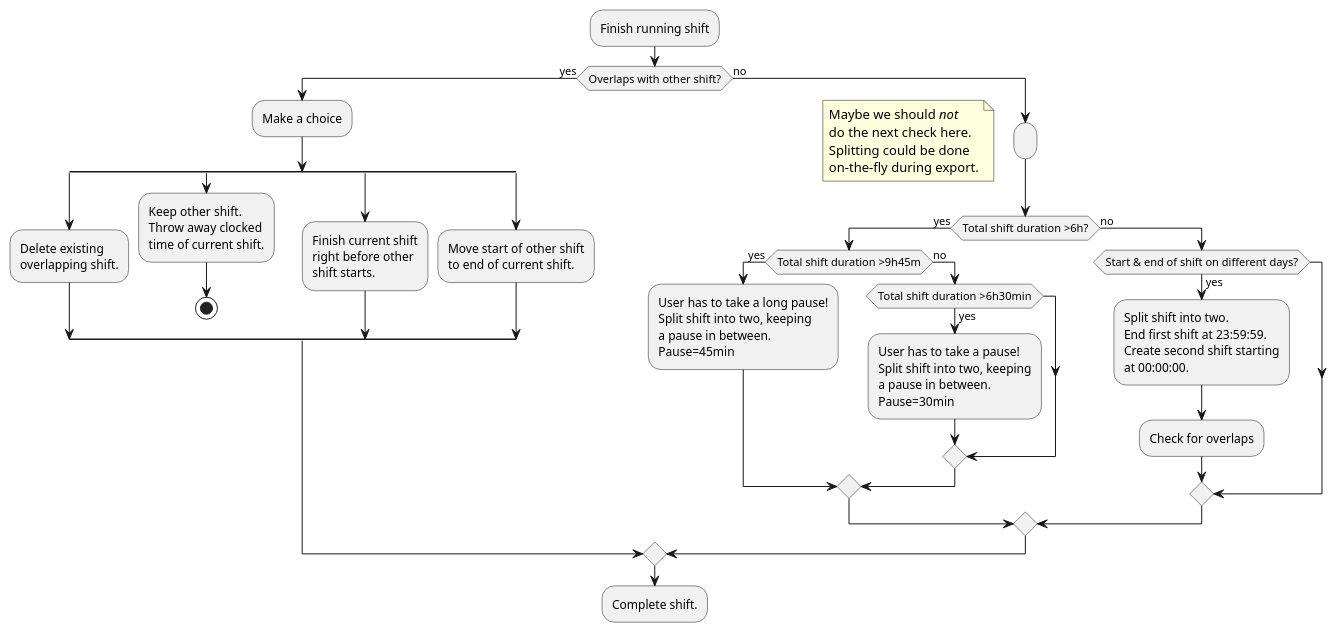
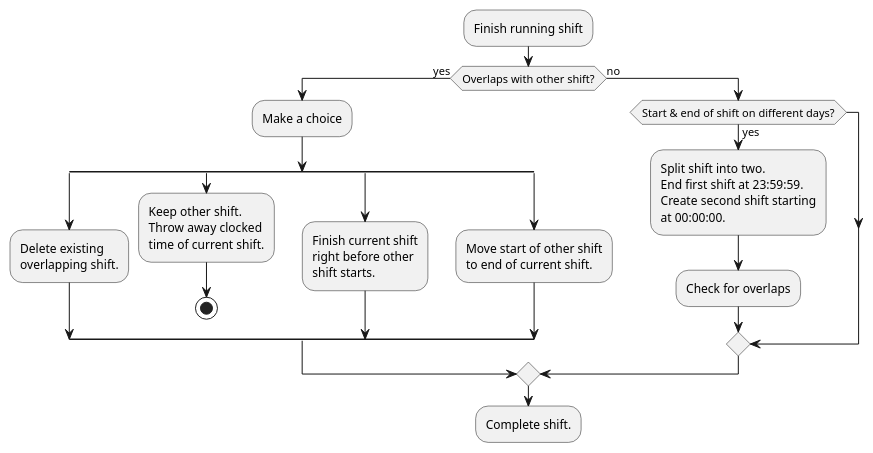
The second of 2 diagrams in diagrams/shifts.org (mimischi/clock-planning), drawn with PlantUML before and after one commit. The commit also changed 1 other file, not shown here.

Commit message:
Update finish shift diagram

```diff
--- a/diagrams/shifts.org
+++ b/diagrams/shifts.org
@@ -23,52 +23,34 @@
 #+begin_src plantuml :file finish_shift.png
 :Finish running shift;
 if (Overlaps with other shift?) then (yes)
   :Make a choice;
     split
     :Delete existing
     overlapping shift.;
 
     split again
     :Keep other shift.
     Throw away clocked
     time of current shift.;
     stop
 
     split again
     :Finish current shift
     right before other
     shift starts.;
 
     split again
     :Move start of other shift
     to end of current shift.;
     end split
 else (no)
-  :;
-  floating note left: Maybe we should //not//\ndo the next check here.\nSplitting could be done\non-the-fly during export.
-  if (Total shift duration >6h?) then (yes)
-    if (Total shift duration >9h45m) then (yes)
-      :User has to take a long pause!
-      Split shift into two, keeping
-      a pause in between.
-      Pause=45min;
-    else (no)
-      if (Total shift duration >6h30min) then (yes)
-        :User has to take a pause!
-        Split shift into two, keeping
-        a pause in between.
-        Pause=30min;
-      endif
+  if (Start & end of shift on different days?) then (yes)
+    :Split shift into two.
+    End first shift at 23:59:59.
+    Create second shift starting
+    at 00:00:00.;
+    :Check for overlaps;
     endif
-  else (no)
-    if (Start & end of shift on different days?) then (yes)
-      :Split shift into two.
-      End first shift at 23:59:59.
-      Create second shift starting
-      at 00:00:00.;
-      :Check for overlaps;
-     endif
-  endif
 endif
 :Complete shift.;
 #+end_src
```
